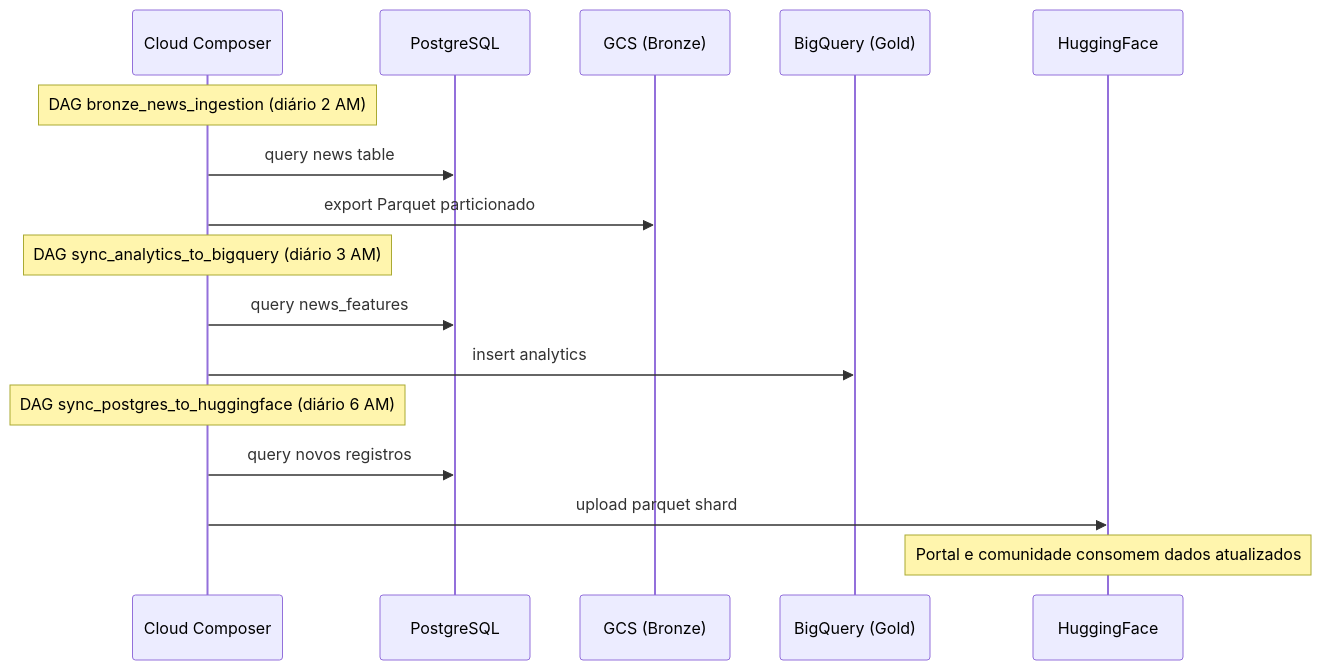
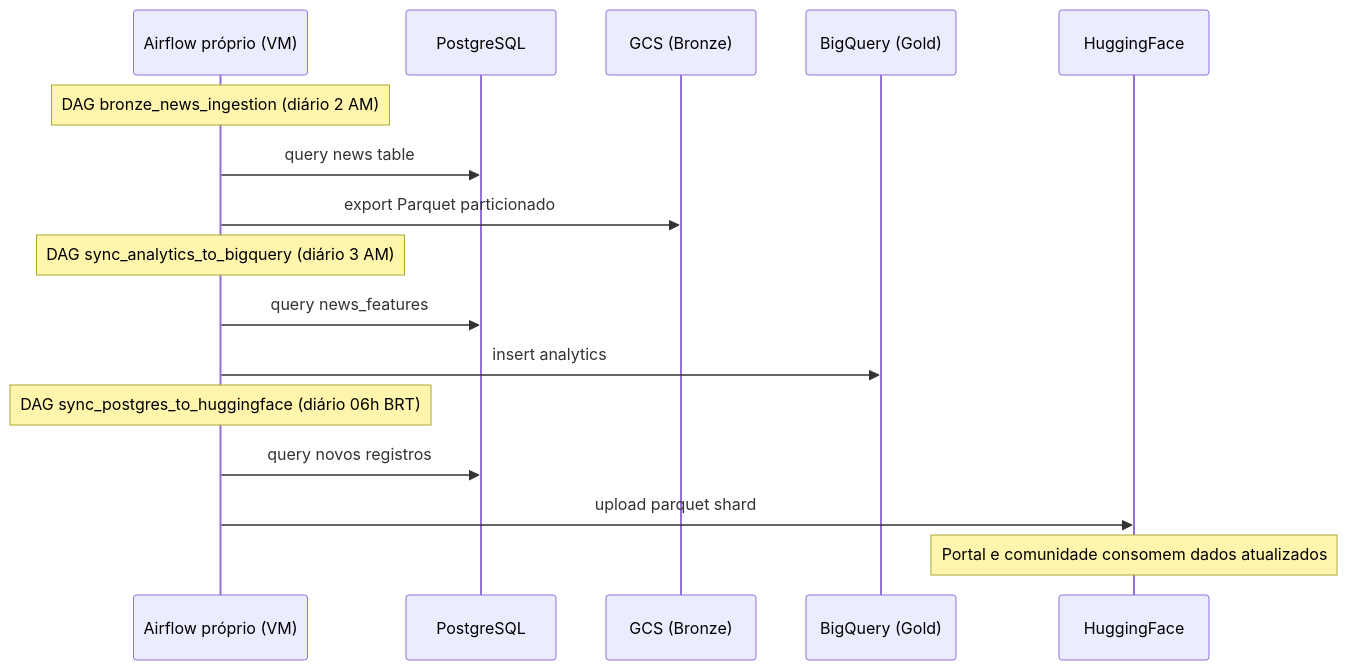
Before and after one commit to destaquesgovbr/docs: the fourth of 4 diagrams in docs/arquitetura/visao-geral.md, drawn with Mermaid. The commit also changed other lines of this file and 8 other files, not shown here.

First line of the commit message:
docs: orquestração no Airflow próprio da VM e scraping numa DAG a cada 2 h (#57)

````diff
--- a/docs/arquitetura/visao-geral.md
+++ b/docs/arquitetura/visao-geral.md
@@ -402,22 +402,22 @@
 ```mermaid
 sequenceDiagram
-    participant Airflow as Cloud Composer
+    participant Airflow as Airflow próprio (VM)
     participant PG as PostgreSQL
     participant GCS as GCS (Bronze)
     participant BQ as BigQuery (Gold)
     participant HF as HuggingFace
 
     Note over Airflow: DAG bronze_news_ingestion (diário 2 AM)
     Airflow->>PG: query news table
     Airflow->>GCS: export Parquet particionado
 
     Note over Airflow: DAG sync_analytics_to_bigquery (diário 3 AM)
     Airflow->>PG: query news_features
     Airflow->>BQ: insert analytics
 
-    Note over Airflow: DAG sync_postgres_to_huggingface (diário 6 AM)
+    Note over Airflow: DAG sync_postgres_to_huggingface (diário 06h BRT)
     Airflow->>PG: query novos registros
     Airflow->>HF: upload parquet shard
 
     Note over HF: Portal e comunidade consomem dados atualizados
 ```
````
